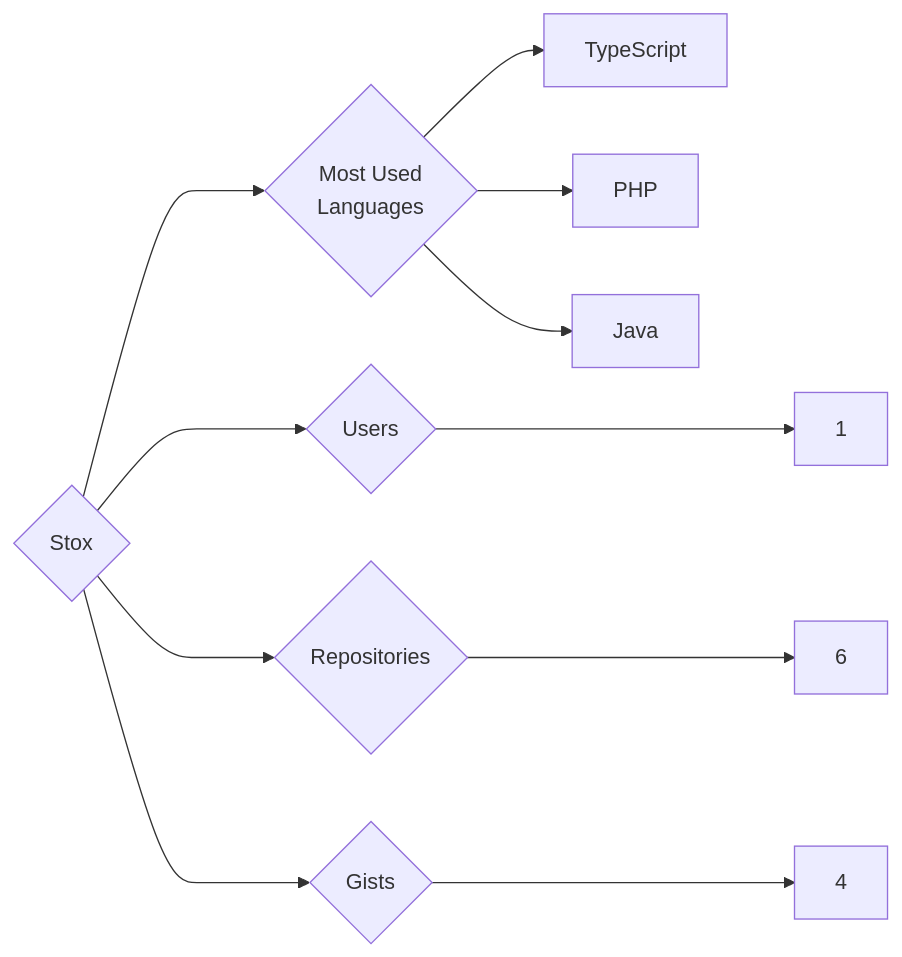
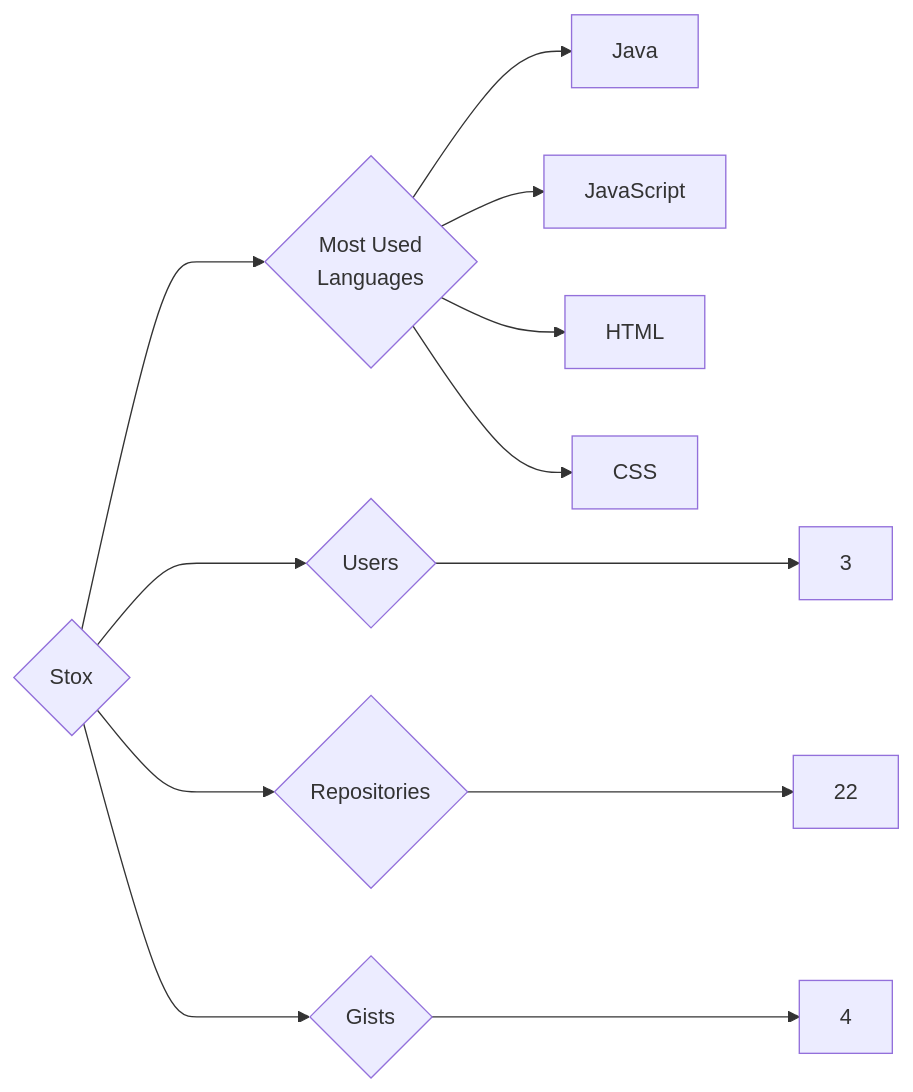
One commit to trickest/insiders changed the diagram in targets/Stox/README.md. Above: the diagram before and after it, drawn with Mermaid. The commit also changed 806 other files, not shown here.

````diff
--- a/targets/Stox/README.md
+++ b/targets/Stox/README.md
@@ -3,11 +3,12 @@
 ```mermaid
 graph LR
 COMPANY_NAME{Stox}
-COMPANY_NAME ---> U{Users} ---> UN[1]
-COMPANY_NAME ---> R{Repositories} ---> RN[6]
+COMPANY_NAME ---> U{Users} ---> UN[3]
+COMPANY_NAME ---> R{Repositories} ---> RN[22]
 COMPANY_NAME ---> G{Gists} ---> GN[4]
 COMPANY_NAME ---> ML{Most Used<br>Languages}
-ML --> TypeScript[TypeScript]
-ML --> PHP[PHP]
 ML --> Java[Java]
+ML --> JavaScript[JavaScript]
+ML --> HTML[HTML]
+ML --> CSS[CSS]
 ```
````
